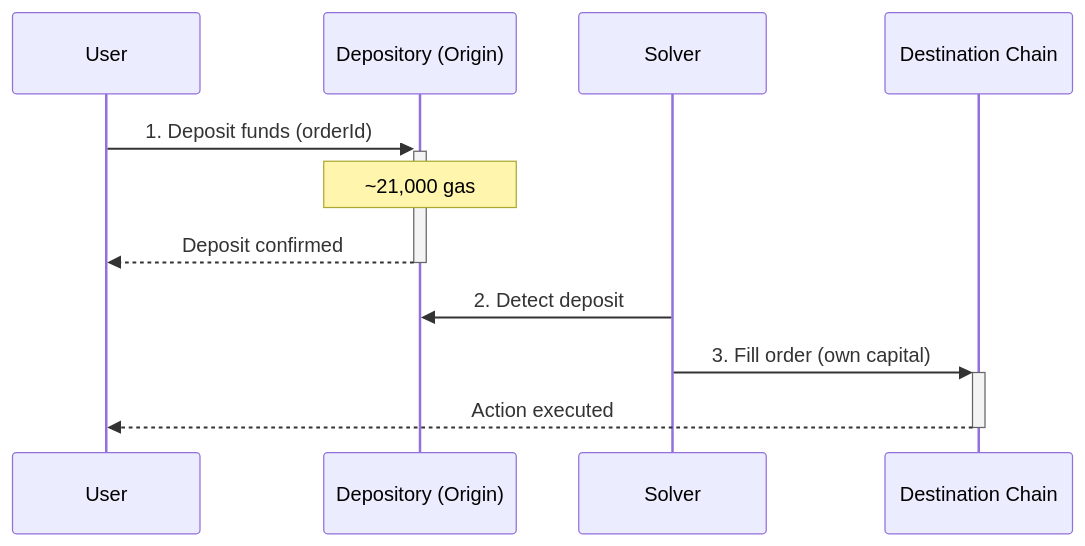
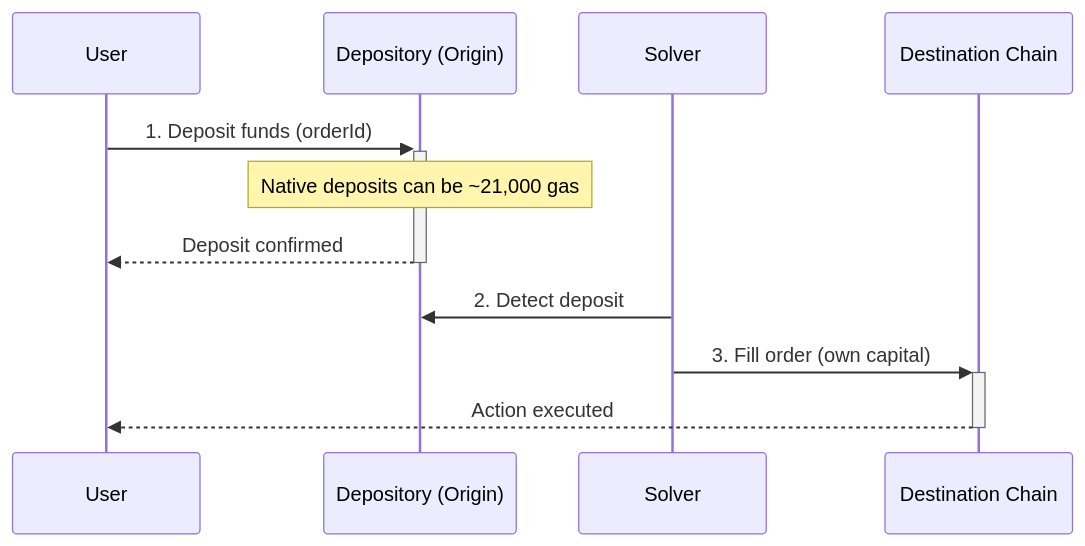
One commit to relayprotocol/relay-docs changed the second of 7 diagrams in references/protocol/how-it-works.mdx. Above: the diagram before and after it, drawn with Mermaid. The commit also changed other lines of this file and 7 other files, not shown here.

````diff
--- a/references/protocol/how-it-works.mdx
+++ b/references/protocol/how-it-works.mdx
@@ -58,14 +58,14 @@
 ```mermaid
 sequenceDiagram
     participant User
     participant Depository as Depository (Origin)
     participant Solver
     participant Dest as Destination Chain
 
     User->>+Depository: 1. Deposit funds (orderId)
-    Note over Depository: ~21,000 gas
+    Note over Depository: Native deposits can be ~21,000 gas
     Depository-->>-User: Deposit confirmed
     Solver->>Depository: 2. Detect deposit
     Solver->>+Dest: 3. Fill order (own capital)
     Dest-->>-User: Action executed
 ```
````
